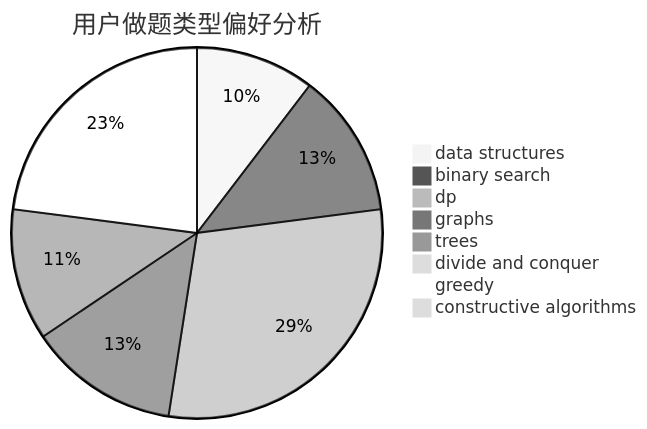
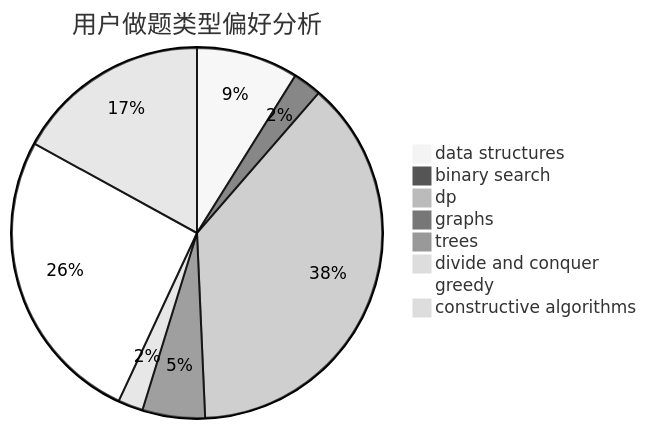
Before and after one commit to sherpahu/cfrs.github.io: the second of 3 diagrams in docs/user/u38.md, drawn with Mermaid (neutral theme). The commit also changed other lines of this file and 2770 other files, not shown here.

````diff
--- a/docs/user/u38.md
+++ b/docs/user/u38.md
@@ -23,11 +23,11 @@
 ```mermaid
 pie title 用户做题类型偏好分析
-    "data structures" :  19
-    "binary search" :  23
-    "dp" :  54
-    "graphs" :  24
-    "trees" :  21
-    "divide and conquer" :  0
-    "greedy" :  42
-    "constructive algorithms" :  1
+    "data structures" :  57
+    "binary search" :  16
+    "dp" :  243
+    "graphs" :  35
+    "trees" :  3
+    "divide and conquer" :  14
+    "greedy" :  167
+    "constructive algorithms" :  109
 ```
````
